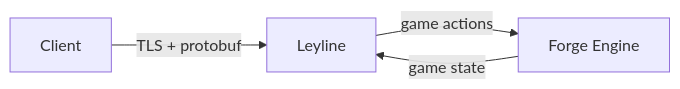
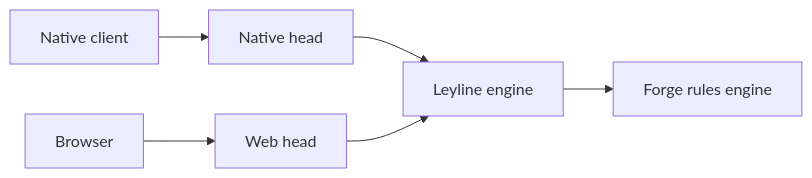
Before and after one commit to delebedev/leyline: the diagram in README.md, drawn with Mermaid. The commit also changed other lines of this file and 13 other files, not shown here.

Commit message:
docs: consolidate architecture narrative (#404)

````diff
--- a/README.md
+++ b/README.md
@@ -11,6 +9,8 @@
 ```mermaid
-graph LR
-    CLIENT["Client"] -- "TLS + protobuf" --> LEYLINE["Leyline"]
-    LEYLINE -- "game actions" --> FORGE["Forge Engine"]
-    FORGE -- "game state" --> LEYLINE
+flowchart LR
+    NC["Native client"] --> N["Native head"]
+    B["Browser"] --> W["Web head"]
+    N --> E["Leyline engine"]
+    W --> E
+    E --> F["Forge rules engine"]
 ```
````
